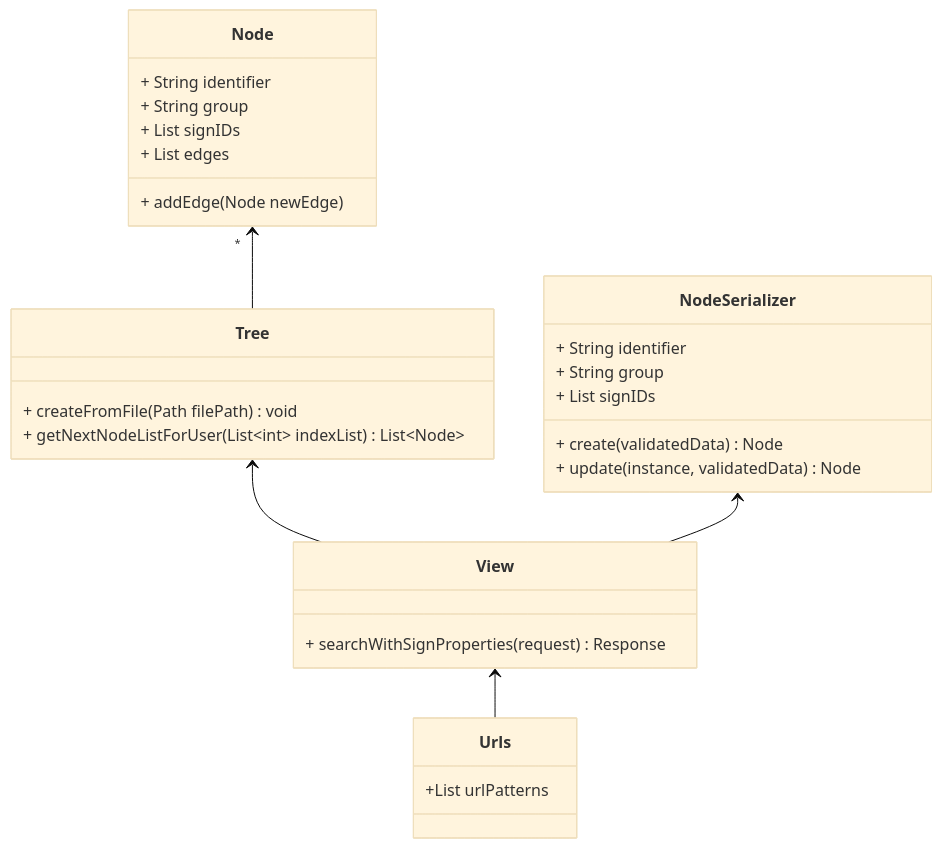
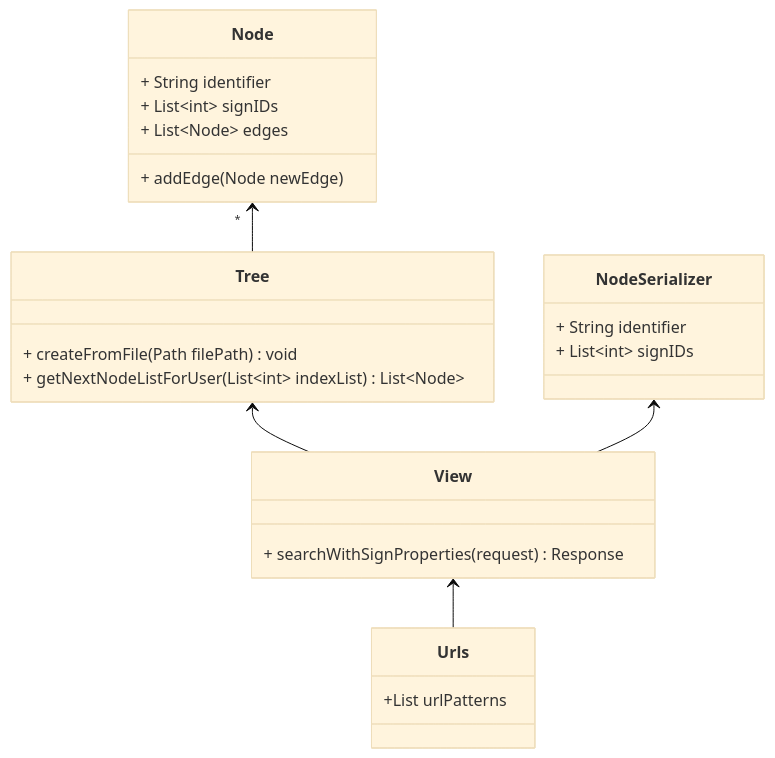
One commit to Signbank/sign-app changed the second of 2 diagrams in docs/documentation.md. Above: the diagram before and after it, drawn with Mermaid (base theme).

Commit message:
updated class diagram, removed old attributes and methods

````diff
--- a/docs/documentation.md
+++ b/docs/documentation.md
@@ -496,37 +496,33 @@
 ``` mermaid
 classDiagram
 Node "*" <-- Tree
 Tree <-- View
 NodeSerializer <-- View
 View <-- Urls
 
 class Node{
   + String identifier
-  + String group
-  + List signIDs
-  + List edges
+  + List~int~ signIDs
+  + List~Node~ edges
   + addEdge(Node newEdge)
 }
 
 class Tree{
   + createFromFile(Path filePath) void
   + getNextNodeListForUser(List~int~ indexList) List~Node~
 }
 
 class NodeSerializer{
   + String identifier
-  + String group
-  + List signIDs
-  + create(validatedData) Node
-  + update(instance, validatedData) Node
+  + List~int~ signIDs
 }
 
 class View{
   + searchWithSignProperties(request) Response
 }
 
 class Urls{
   +List urlPatterns
 }
 
 ```
````
